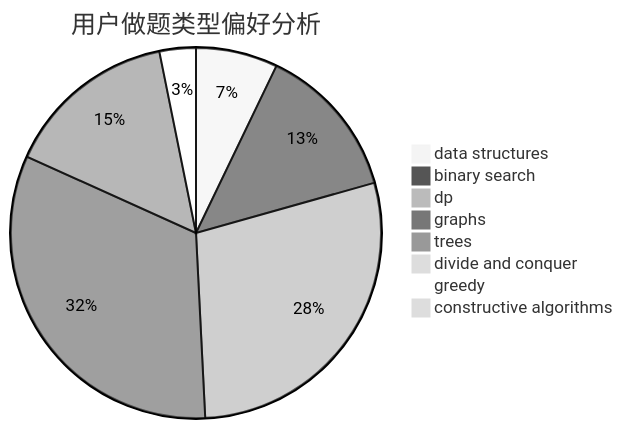
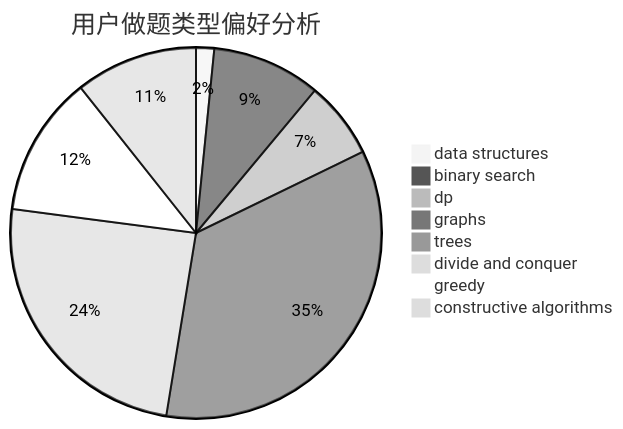
Before and after one commit to sherpahu/cfrs.github.io: the second of 3 diagrams in docs/user/u623.md, drawn with Mermaid (neutral theme). The commit also changed other lines of this file and 2770 other files, not shown here.

````diff
--- a/docs/user/u623.md
+++ b/docs/user/u623.md
@@ -23,11 +23,11 @@
 ```mermaid
 pie title 用户做题类型偏好分析
-    "data structures" :  9
-    "binary search" :  17
-    "dp" :  36
-    "graphs" :  41
-    "trees" :  19
-    "divide and conquer" :  0
-    "greedy" :  4
-    "constructive algorithms" :  1
+    "data structures" :  4
+    "binary search" :  24
+    "dp" :  17
+    "graphs" :  88
+    "trees" :  2
+    "divide and conquer" :  62
+    "greedy" :  31
+    "constructive algorithms" :  27
 ```
````
